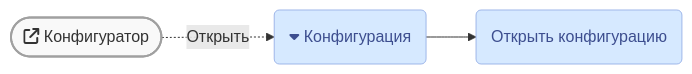
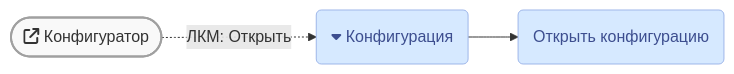
One commit to lugovoe/manual changed the second of 3 diagrams in faq/crash/main-white-window.md. Above: the diagram before and after it, drawn with Mermaid. The commit also changed other lines of this file, not shown here.

````diff
--- a/faq/crash/main-white-window.md
+++ b/faq/crash/main-white-window.md
@@ -35,11 +35,11 @@
 ``` mermaid
 graph LR
   %% https://mermaid-js.github.io/mermaid-live-editor/
   %% https://fontawesome.ru/all-icons/
-  b1([fa:fa-external-link Конфигуратор]) -.-> |Открыть| m1
+  b1([fa:fa-external-link Конфигуратор]) -.-> |ЛКМ: Открыть| m1
   m1(fa:fa-caret-down Конфигурация) --> m2
   m2(Открыть конфигурацию)
   style b1 fill:#f9f9f9,stroke:#a0a0a0,stroke-width:2px
   classDef confmenu fill:#d6e9ff,stroke:#9eb6e9,stroke-width:1px,color:#3d4e8f
   class m1,m2 confmenu
 ```
````
